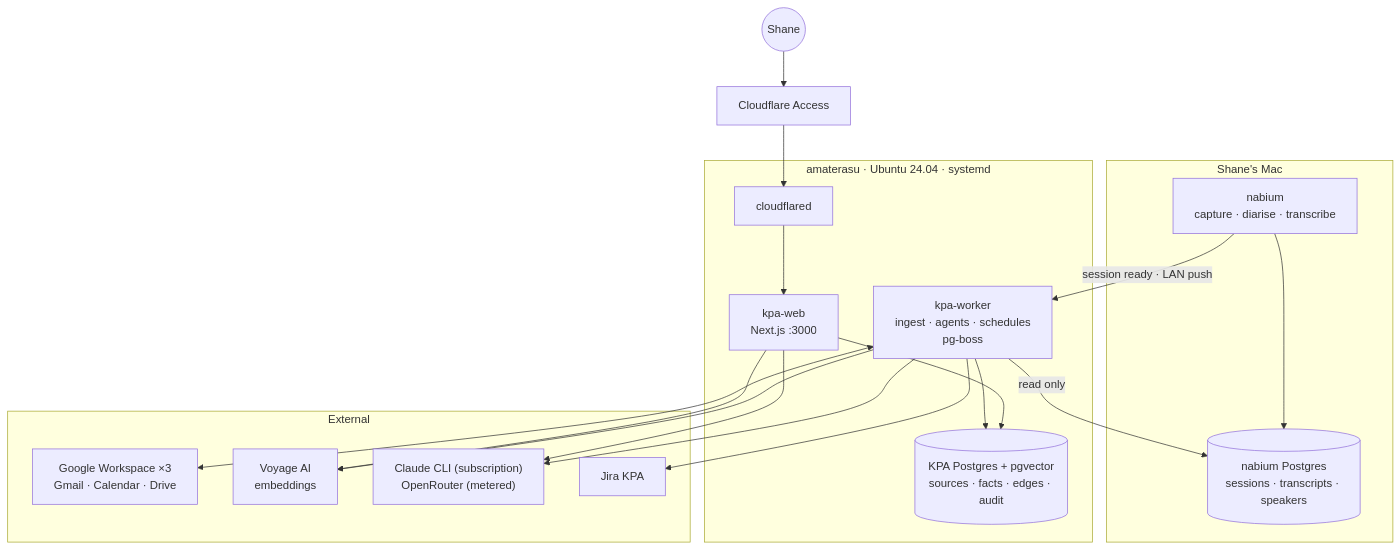
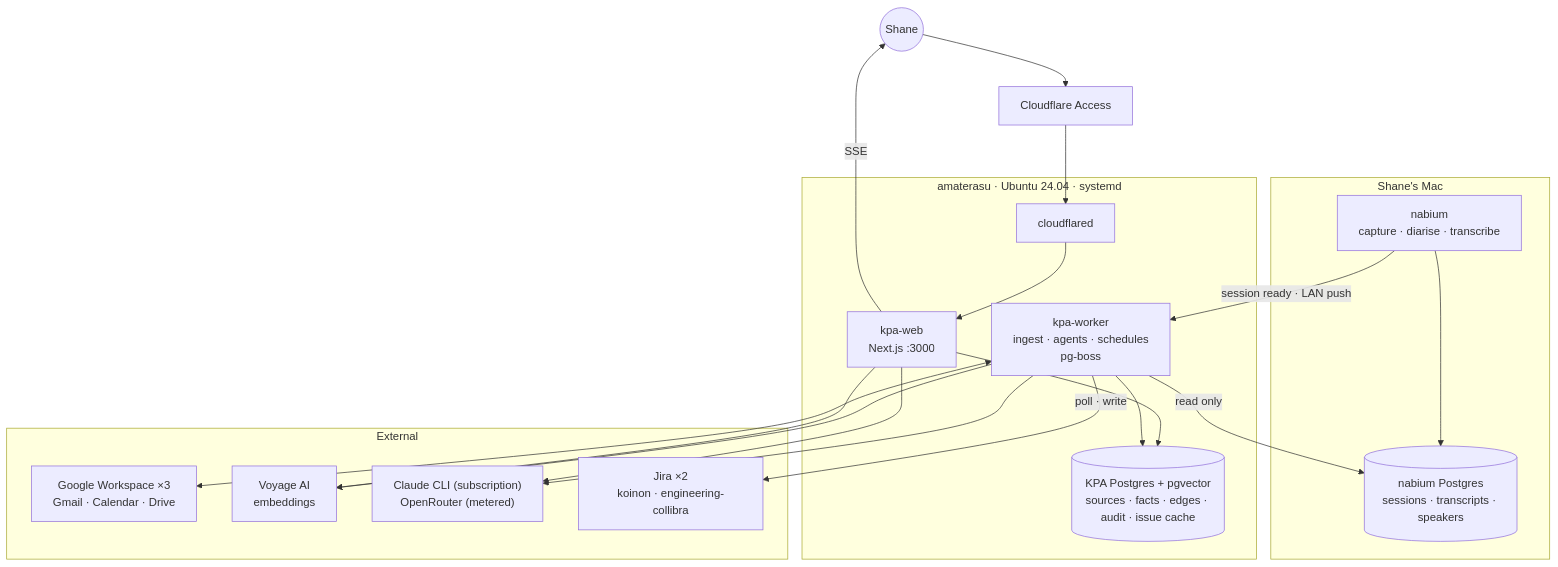
Before and after one commit to shanedolley/sukkal: the first of 6 diagrams in docs/project-brief.md, drawn with Mermaid. The commit also changed other lines of this file and 2 other files, not shown here.

Commit message:
Record the tracker and freshness decisions
ADR-0007 leaves the tracker owning issue text, and picks TipTap to edit it.
Jira's ADF is a ProseMirror schema, so an adapter costs a node rename and a
local canonical copy earns nothing. Shared boards carry other writers, and two
masters over one rich-text blob do not merge.

ADR-0008 polls each Jira site on a pg-boss schedule and pushes to the browser
over SSE. Jira answers 403 to a webhook registration from an API token, and the
admin route needs a permission Shane lacks on the Collibra site. Polling also
leaves Cloudflare Access closed.

The brief gains both in its decision table. Its diagram now shows the trackers
read as well as written, the issue cache in Postgres, and the browser fed over
SSE.

Claude-Session: https://claude.ai/code/session_01BdNSjLtQx5rzmrEuWdcrNL

````diff
--- a/docs/project-brief.md
+++ b/docs/project-brief.md
@@ -347,39 +350,40 @@
 ```mermaid
 flowchart TB
   shane(("Shane"))
 
   subgraph mac["Shane's Mac"]
     nab["nabium<br/>capture · diarise · transcribe"]
     nabpg[("nabium Postgres<br/>sessions · transcripts · speakers")]
     nab --> nabpg
   end
 
   subgraph ama["amaterasu · Ubuntu 24.04 · systemd"]
     cfd["cloudflared"]
     web["kpa-web<br/>Next.js :3000"]
     worker["kpa-worker<br/>ingest · agents · schedules<br/>pg-boss"]
-    pg[("KPA Postgres + pgvector<br/>sources · facts · edges · audit")]
+    pg[("KPA Postgres + pgvector<br/>sources · facts · edges · audit · issue cache")]
     cfd --> web
     web --> pg
     worker --> pg
   end
 
   subgraph ext["External"]
     goog["Google Workspace ×3<br/>Gmail · Calendar · Drive"]
     voy["Voyage AI<br/>embeddings"]
     llm["Claude CLI (subscription)<br/>OpenRouter (metered)"]
-    jira["Jira KPA"]
+    jira["Jira ×2<br/>koinon · engineering-collibra"]
   end
 
   cf["Cloudflare Access"]
   shane --> cf --> cfd
 
   nab -- "session ready · LAN push" --> worker
   worker -- "read only" --> nabpg
   worker <--> goog
   worker --> voy
   worker --> llm
-  worker --> jira
+  worker -- "poll · write" --> jira
+  web -- "SSE" --> shane
   web --> llm
   web --> voy
 ```
````
